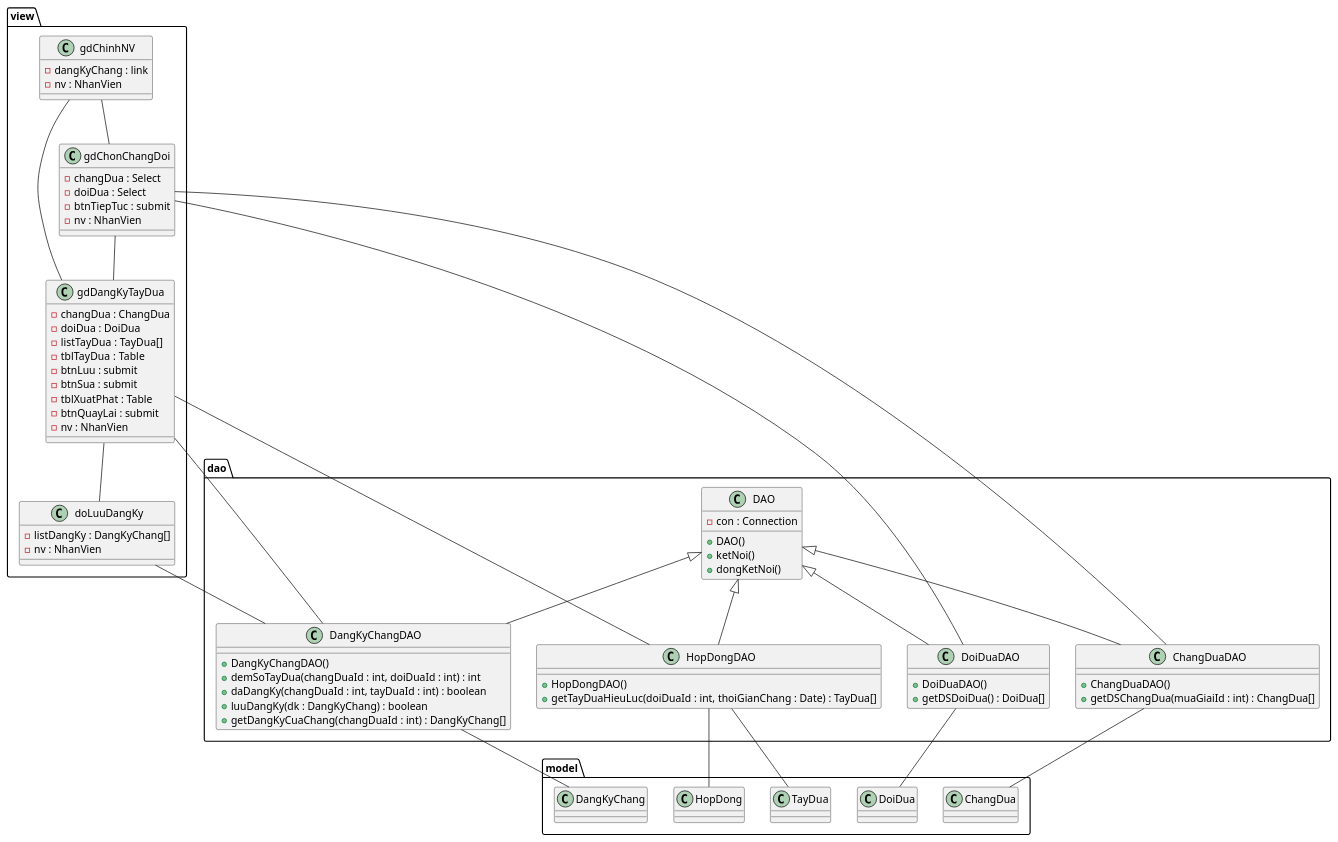
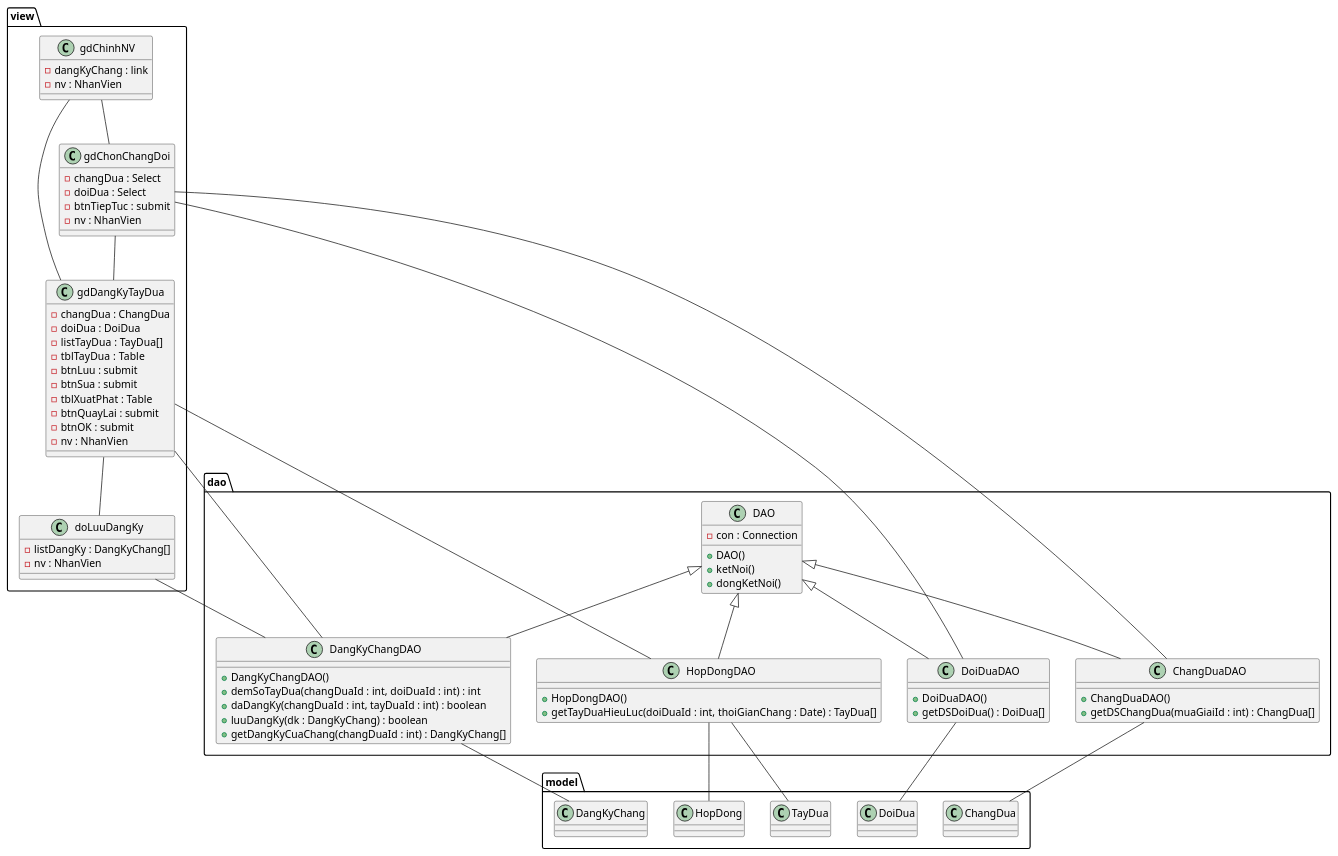
One commit to 7gho/CNPM-He2026 changed the fourth of 6 diagrams in Module 2 - Kin/noi-dung.md. Above: the diagram before and after it, drawn with PlantUML. The commit also changed other lines of this file and 23 other files, not shown here.

```diff
--- a/Module 2 - Kin/noi-dung.md
+++ b/Module 2 - Kin/noi-dung.md
@@ -371,6 +387,7 @@
     -btnSua : submit
     -tblXuatPhat : Table
     -btnQuayLai : submit
+    -btnOK : submit
     -nv : NhanVien
   }
   class doLuuDangKy {
```
